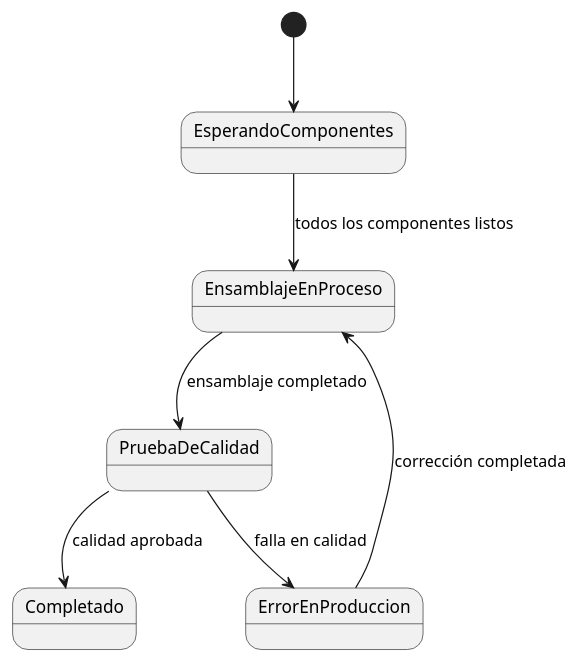
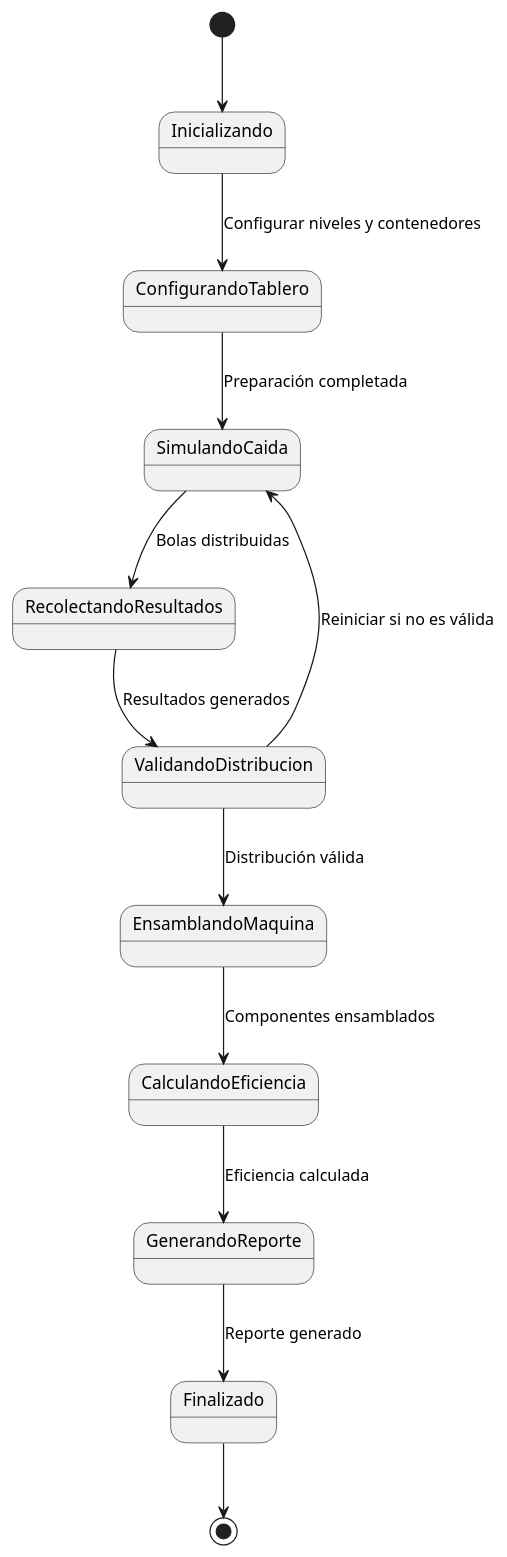
The diagram in src/main/java/UML/Estados.puml (Parc2Galton/Parcial2), drawn with PlantUML before and after one commit. The commit also changed 2 other files, not shown here.

```diff
--- a/src/main/java/UML/Estados.puml
+++ b/src/main/java/UML/Estados.puml
@@ -1,11 +1,13 @@
 @startuml
-
-[*] --> EsperandoComponentes
-
-EsperandoComponentes --> EnsamblajeEnProceso : todos los componentes listos
-EnsamblajeEnProceso --> PruebaDeCalidad : ensamblaje completado
-PruebaDeCalidad --> Completado : calidad aprobada
-PruebaDeCalidad --> ErrorEnProduccion : falla en calidad
-ErrorEnProduccion --> EnsamblajeEnProceso : corrección completada
-
+[*] --> Inicializando
+Inicializando --> ConfigurandoTablero : Configurar niveles y contenedores
+ConfigurandoTablero --> SimulandoCaida : Preparación completada
+SimulandoCaida --> RecolectandoResultados : Bolas distribuidas
+RecolectandoResultados --> ValidandoDistribucion : Resultados generados
+ValidandoDistribucion --> EnsamblandoMaquina : Distribución válida
+ValidandoDistribucion --> SimulandoCaida : Reiniciar si no es válida
+EnsamblandoMaquina --> CalculandoEficiencia : Componentes ensamblados
+CalculandoEficiencia --> GenerandoReporte : Eficiencia calculada
+GenerandoReporte --> Finalizado : Reporte generado
+Finalizado --> [*]
 @enduml
```
